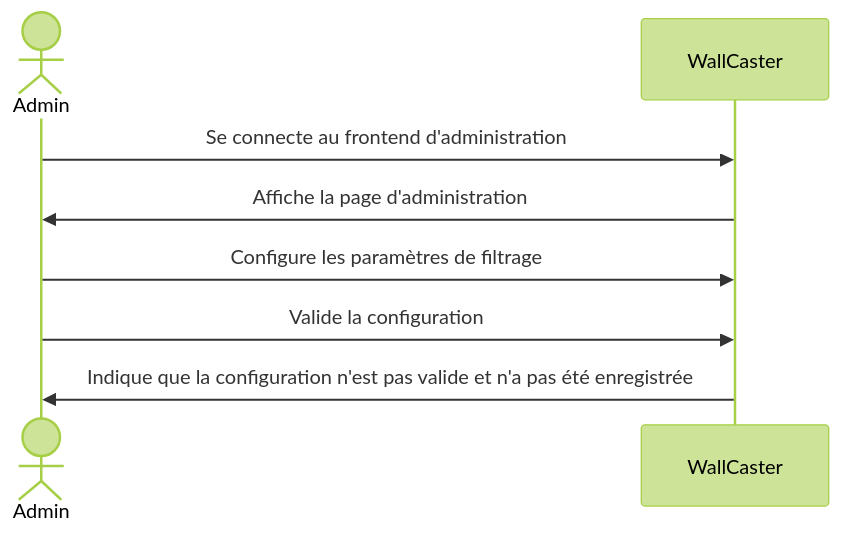
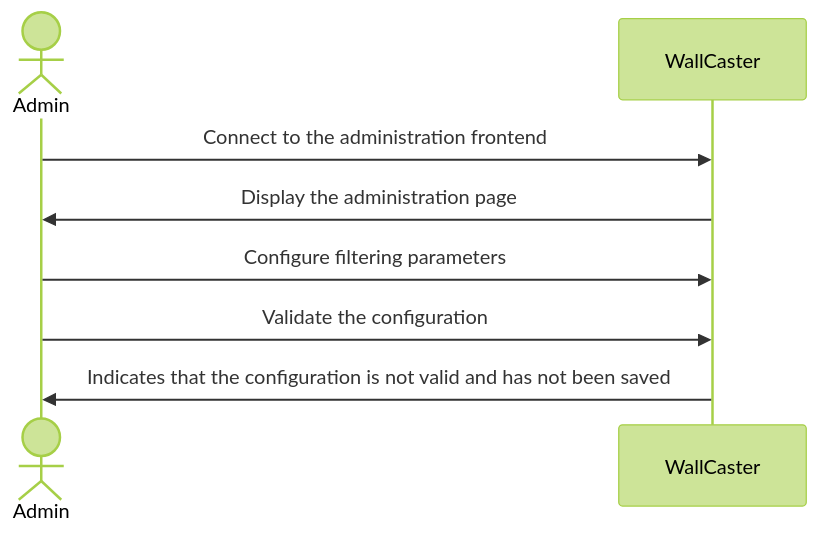
Before and after one commit to WallCaster/WallCaster: diagram 11 of 17 in doc/analisis-report.md, drawn with Mermaid (forest theme). The commit also changed other lines of this file, not shown here.

Commit message:
feat: translate

````diff
--- a/doc/analisis-report.md
+++ b/doc/analisis-report.md
@@ -232,10 +232,10 @@
 ```mermaid
 sequenceDiagram
   actor A as Admin
   participant W as WallCaster
-  A ->> W : Se connecte au frontend d'administration
-  W ->> A : Affiche la page d'administration
-  A ->> W : Configure les paramètres de filtrage
-  A ->> W : Valide la configuration
-  W ->> A : Indique que la configuration n'est pas valide et n'a pas été enregistrée
+  A ->> W : Connect to the administration frontend
+  W ->> A : Display the administration page
+  A ->> W : Configure filtering parameters
+  A ->> W : Validate the configuration
+  W ->> A : Indicates that the configuration is not valid and has not been saved
 ```
````
